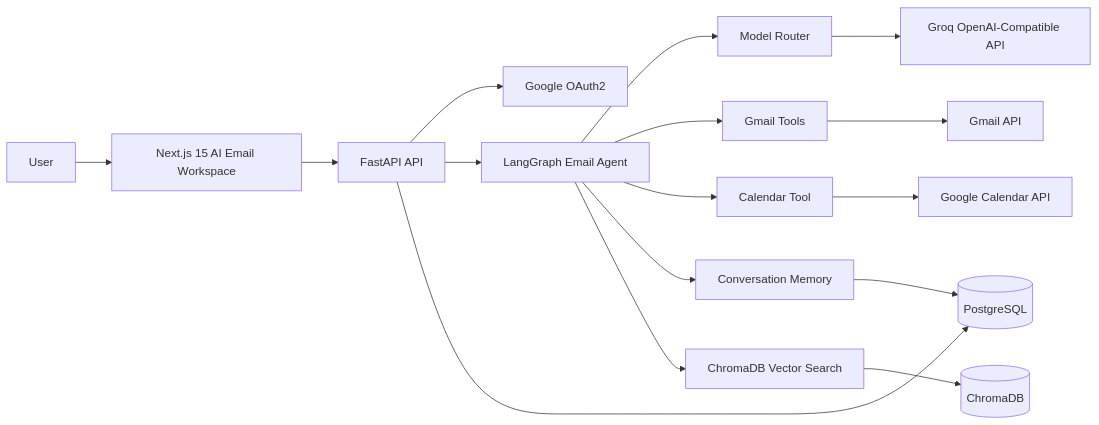
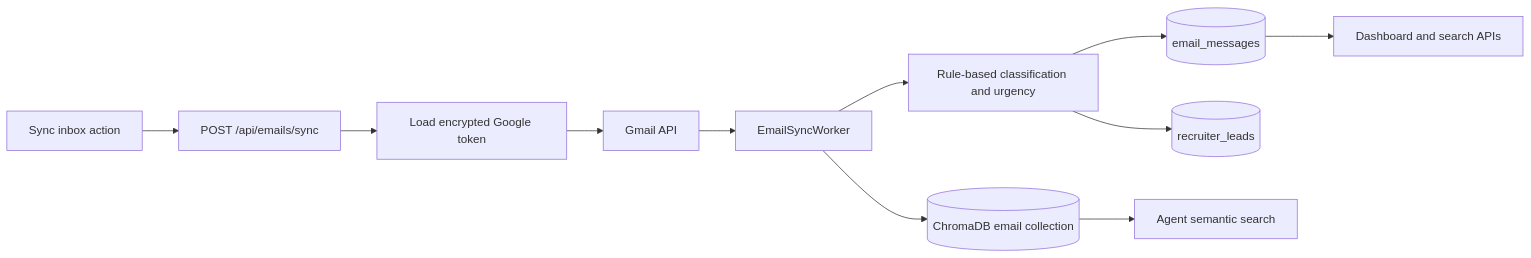
Before and after one commit to suchit-10/EmailAgent: the third of 4 diagrams in docs/architecture.md, drawn with Mermaid. The commit also changed other lines of this file, not shown here.

Commit message:
Add detailed architecture diagrams

````diff
--- a/docs/architecture.md
+++ b/docs/architecture.md
@@ -3,18 +166,13 @@
 ```mermaid
 flowchart LR
-  User[User] --> UI[Next.js 15 AI Email Workspace]
-  UI --> API[FastAPI API]
-  API --> Auth[Google OAuth2]
-  API --> Agent[LangGraph Email Agent]
-  Agent --> Router[Model Router]
-  Router --> Groq[Groq OpenAI-Compatible API]
-  Agent --> GmailTools[Gmail Tools]
-  Agent --> Calendar[Calendar Tool]
-  Agent --> Memory[Conversation Memory]
-  Agent --> Vector[ChromaDB Vector Search]
-  GmailTools --> Gmail[Gmail API]
-  Calendar --> GCal[Google Calendar API]
-  API --> Postgres[(PostgreSQL)]
-  Memory --> Postgres
-  Vector --> Chroma[(ChromaDB)]
+  syncButton[Sync inbox action] --> emailApi[POST /api/emails/sync]
+  emailApi --> token[Load encrypted Google token]
+  token --> gmail[Gmail API]
+  gmail --> worker[EmailSyncWorker]
+  worker --> classify[Rule-based classification and urgency]
+  classify --> messages[(email_messages)]
+  classify --> leads[(recruiter_leads)]
+  worker --> embeddings[(ChromaDB email collection)]
+  messages --> dashboard[Dashboard and search APIs]
+  embeddings --> agentSearch[Agent semantic search]
 ```
````
